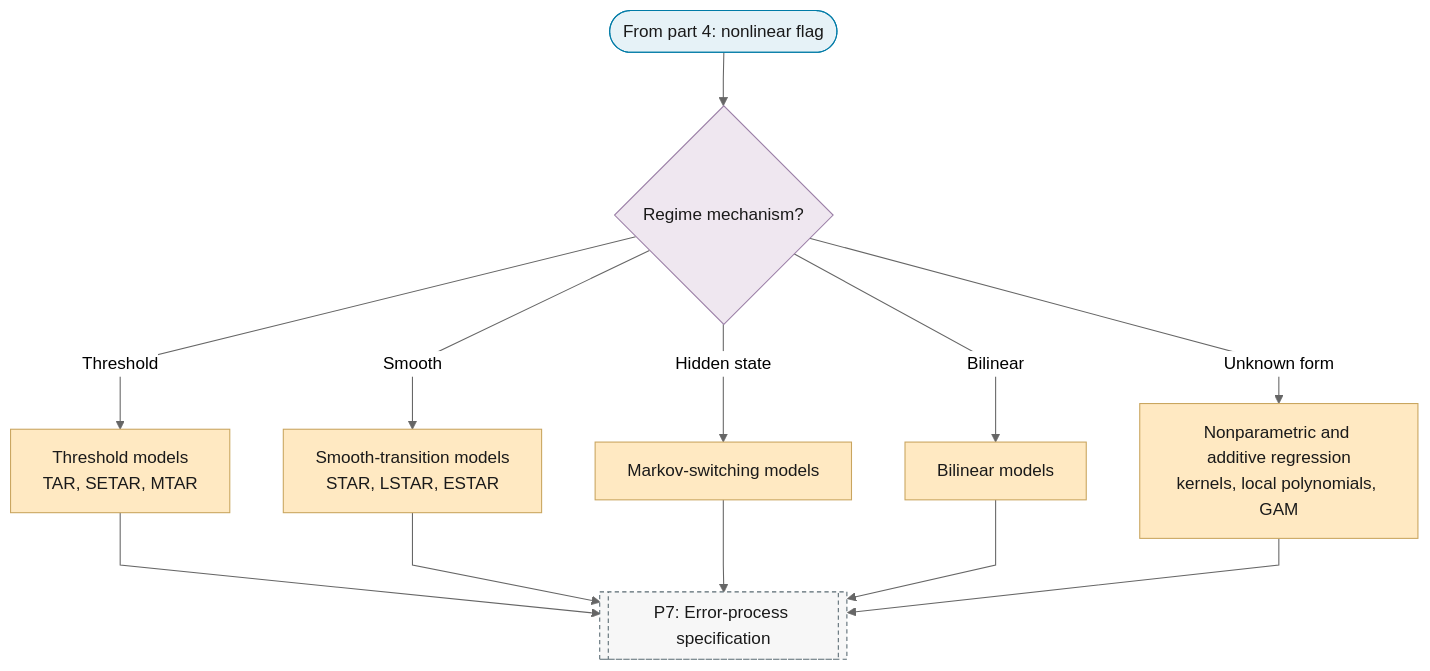
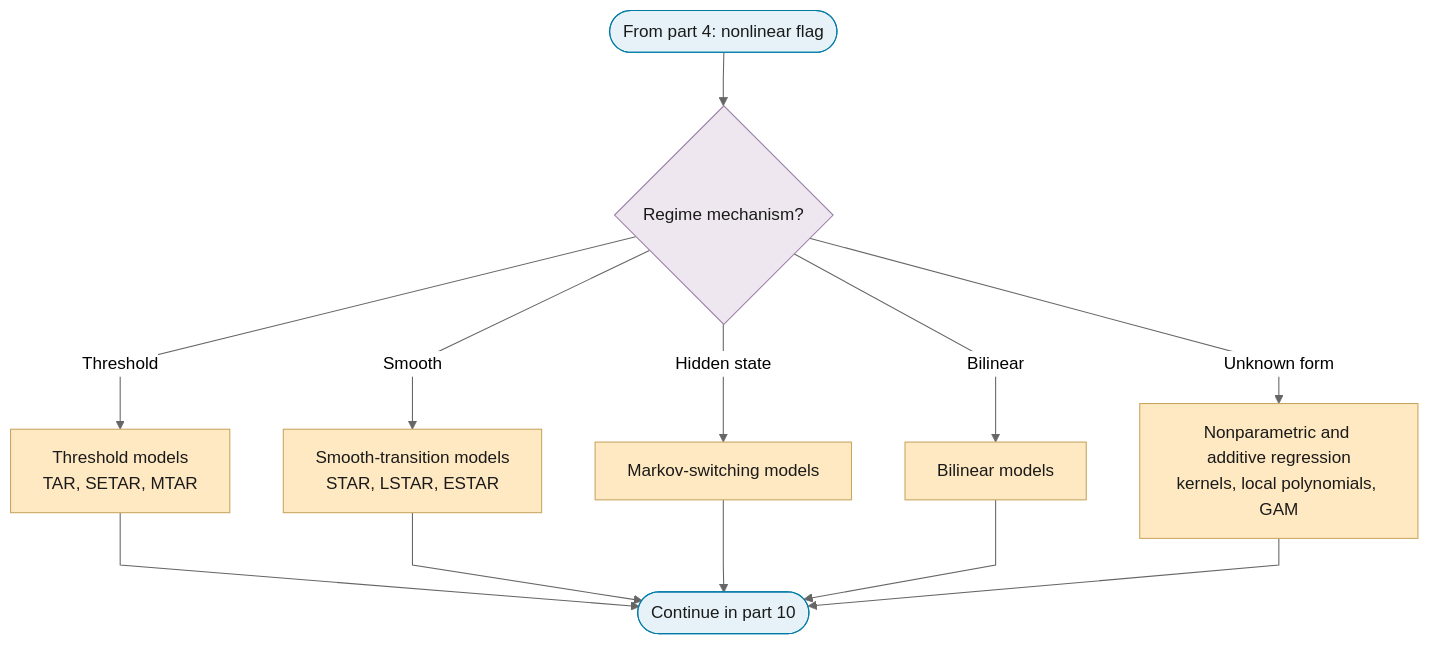
The fifth of 10 diagrams in docs/01-workflow/p06-mean-model-class.md (Shuxin-Y/time-series-analysis-manual), drawn with Mermaid (neutral theme) before and after one commit. The commit also changed other lines of this file and 7 other files, not shown here.

````diff
--- a/docs/01-workflow/p06-mean-model-class.md
+++ b/docs/01-workflow/p06-mean-model-class.md
@@ -165,23 +137,22 @@
 ```mermaid
 %%{init: {"flowchart": {"curve": "linear"}}}%%
 graph TD
-    P6_PART_6_IN(["From part 4: nonlinear flag"]) --> P6_NONLINEAR_FAMILY{"Regime mechanism?"}
+    P6_PART_5_IN(["From part 4: nonlinear flag"]) --> P6_NONLINEAR_FAMILY{"Regime mechanism?"}
     P6_NONLINEAR_FAMILY -->|"Threshold"| P6_THRESHOLD["Threshold models<br/>TAR, SETAR, MTAR"]
     P6_NONLINEAR_FAMILY -->|"Smooth"| P6_SMOOTH_TRANSITION["Smooth-transition models<br/>STAR, LSTAR, ESTAR"]
     P6_NONLINEAR_FAMILY -->|"Hidden state"| P6_MARKOV_SWITCHING["Markov-switching models"]
     P6_NONLINEAR_FAMILY -->|"Bilinear"| P6_BILINEAR["Bilinear models"]
     P6_NONLINEAR_FAMILY -->|"Unknown form"| P6_NONPARAMETRIC["Nonparametric and additive regression<br/>kernels, local polynomials, GAM"]
-    P6_THRESHOLD & P6_SMOOTH_TRANSITION & P6_MARKOV_SWITCHING & P6_BILINEAR & P6_NONPARAMETRIC --> P7[["P7: Error-process specification"]]
+    P6_THRESHOLD & P6_SMOOTH_TRANSITION & P6_MARKOV_SWITCHING & P6_BILINEAR & P6_NONPARAMETRIC --> P6_PART_5_OUT(["Continue in part 10"])
     class P6_THRESHOLD,P6_SMOOTH_TRANSITION,P6_MARKOV_SWITCHING,P6_BILINEAR,P6_NONPARAMETRIC escalate
-    class P6_PART_6_IN terminator
+    class P6_PART_5_IN,P6_PART_5_OUT terminator
     class P6_NONLINEAR_FAMILY decision
-    class P7 ref
     classDef terminator fill:#E6F2F7,stroke:#007BA7,color:#1A1A1A;
     classDef process fill:#FFFFFF,stroke:#5A6B73,color:#1A1A1A;
     classDef decision fill:#EFE7F0,stroke:#9B7FA7,color:#1A1A1A;
     classDef data fill:#FFF4E0,stroke:#C9A55E,color:#1A1A1A;
     classDef good fill:#DCEFD8,stroke:#4A7A3F,color:#1A1A1A;
     classDef escalate fill:#FFE9C2,stroke:#C9A55E,color:#1A1A1A;
     classDef problem fill:#F2D9DE,stroke:#800020,color:#1A1A1A;
     classDef ref fill:#F7F7F7,stroke:#5A6B73,color:#1A1A1A,stroke-dasharray:4 3;
 ```
````
